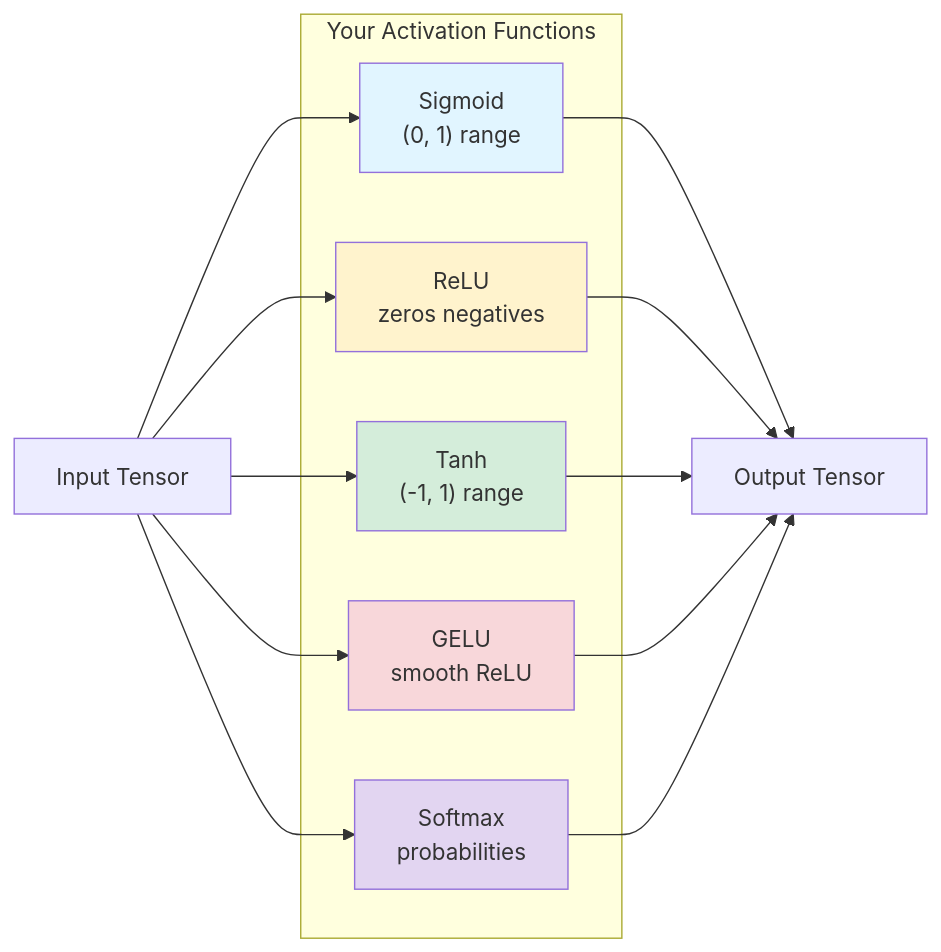
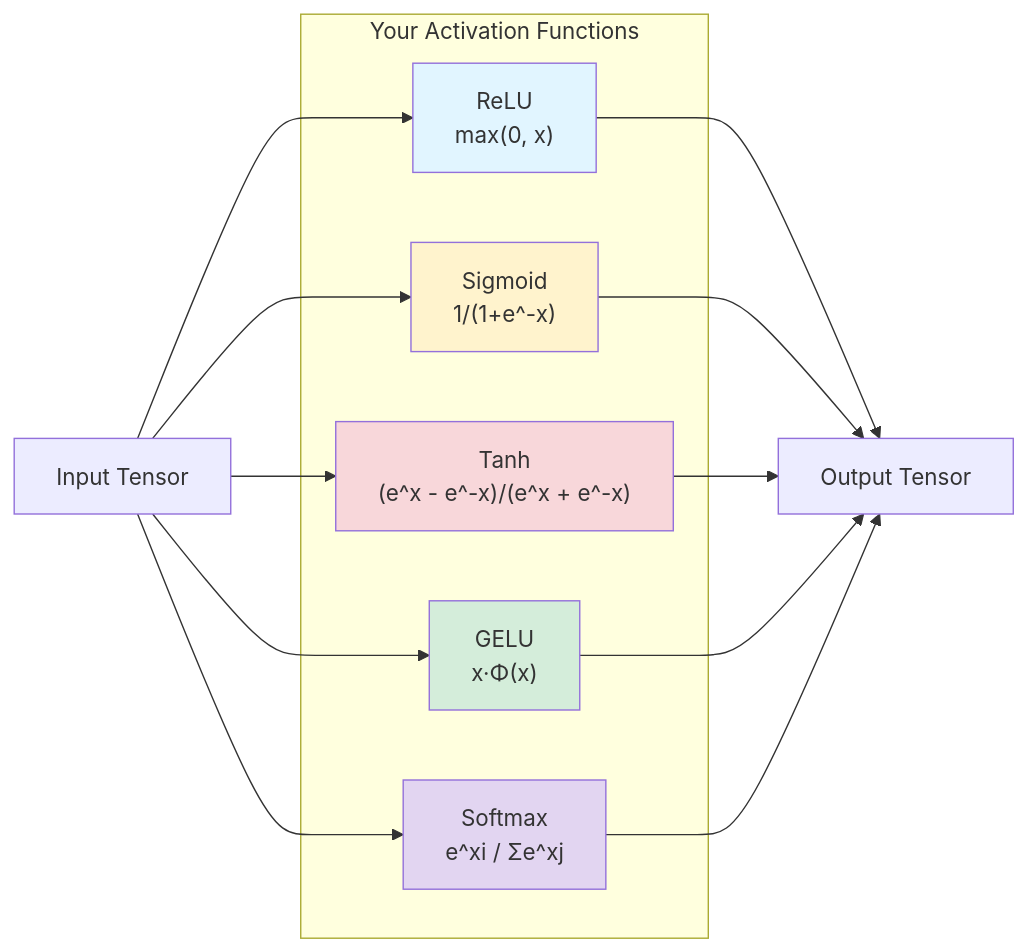
Before and after one commit to harvard-edge/cs249r_book: the diagram in tinytorch/src/02_activations/ABOUT.md, drawn with Mermaid. The commit also changed other lines of this file and 18 other files, not shown here.

````diff
--- a/tinytorch/src/02_activations/ABOUT.md
+++ b/tinytorch/src/02_activations/ABOUT.md
@@ -33,19 +33,28 @@
 ```{mermaid}
 flowchart LR
     subgraph "Your Activation Functions"
-        A["Sigmoid<br/>(0, 1) range"]
-        B["ReLU<br/>zeros negatives"]
-        C["Tanh<br/>(-1, 1) range"]
-        D["GELU<br/>smooth ReLU"]
-        E["Softmax<br/>probabilities"]
+        A["ReLU<br/>max(0, x)"]
+        B["Sigmoid<br/>1/(1+e^-x)"]
+        C["Tanh<br/>(e^x - e^-x)/(e^x + e^-x)"]
+        D["GELU<br/>x·Φ(x)"]
+        E["Softmax<br/>e^xi / Σe^xj"]
     end
 
-    T["Input Tensor"] --> A & B & C & D & E
-    A & B & C & D & E --> O["Output Tensor"]
+    F[Input Tensor] --> A
+    F --> B
+    F --> C
+    F --> D
+    F --> E
+
+    A --> G[Output Tensor]
+    B --> G
+    C --> G
+    D --> G
+    E --> G
 
     style A fill:#e1f5ff
     style B fill:#fff3cd
-    style C fill:#d4edda
-    style D fill:#f8d7da
+    style C fill:#f8d7da
+    style D fill:#d4edda
     style E fill:#e2d5f1
 ```
````
